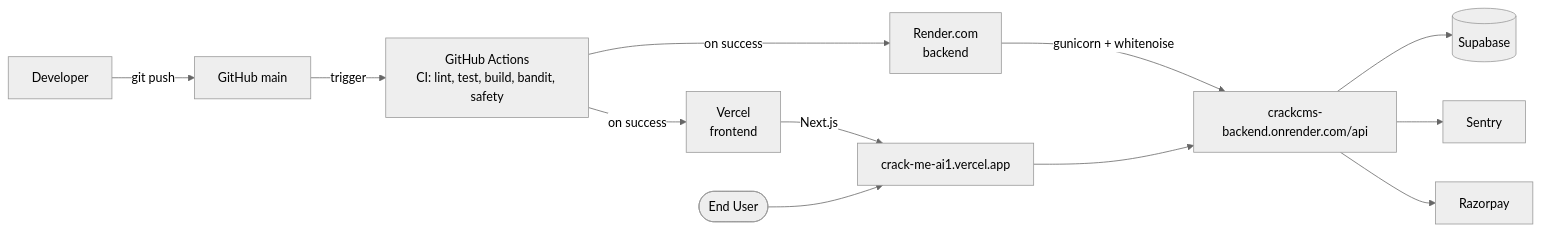
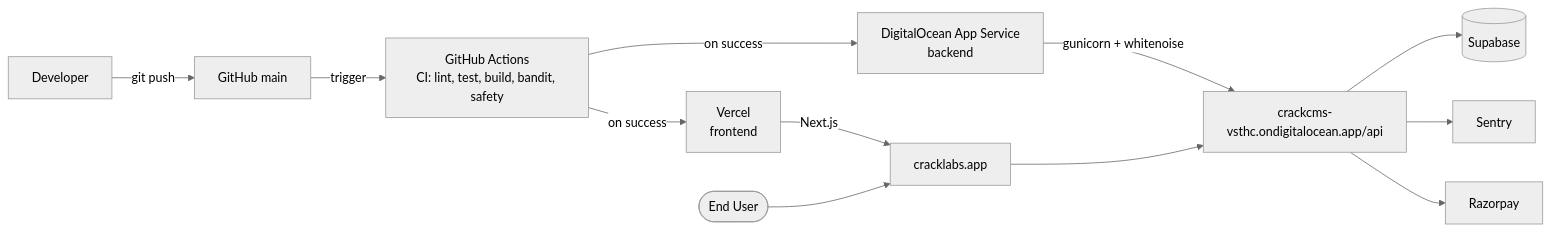
Before and after one commit to Divyanshu1Dubey/Crack_Me_AI: the seventh of 11 diagrams in docs/ARCHITECTURE.md, drawn with Mermaid (neutral theme). The commit also changed other lines of this file and 16 other files, not shown here.

````diff
--- a/docs/ARCHITECTURE.md
+++ b/docs/ARCHITECTURE.md
@@ -271,14 +271,14 @@
 ```mermaid
 flowchart LR
     Dev[Developer] -->|git push| GH[GitHub main]
     GH -->|trigger| GHA[GitHub Actions\nCI: lint, test, build, bandit, safety]
-    GHA -->|on success| Render[Render.com\nbackend]
+    GHA -->|on success| DO[DigitalOcean App Service\nbackend]
     GHA -->|on success| Vercel[Vercel\nfrontend]
-    Render -->|gunicorn + whitenoise| LiveAPI[crackcms-backend.onrender.com/api]
-    Vercel -->|Next.js| LiveFE[crack-me-ai1.vercel.app]
+    DO -->|gunicorn + whitenoise| LiveAPI[crackcms-vsthc.ondigitalocean.app/api]
+    Vercel -->|Next.js| LiveFE[cracklabs.app]
     User([End User]) --> LiveFE
     LiveFE --> LiveAPI
     LiveAPI --> Supa[(Supabase)]
     LiveAPI --> Sentry
     LiveAPI --> Razorpay
 ```
````
